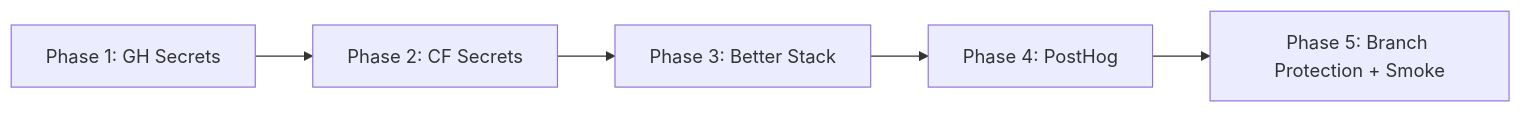
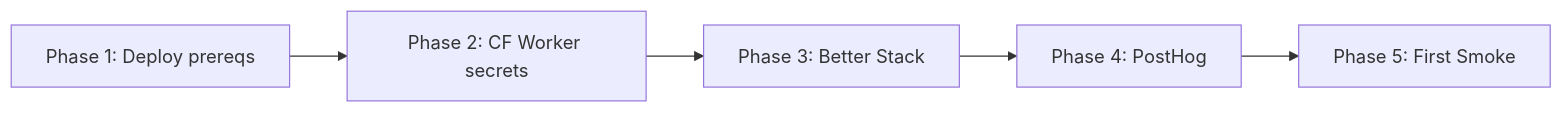
One commit to minhlongs/sophia-ai-factory changed the diagram in docs/sophia-activation-runbook.md. Above: the diagram before and after it, drawn with Mermaid. The commit also changed other lines of this file and 34 other files, not shown here.

````diff
--- a/docs/sophia-activation-runbook.md
+++ b/docs/sophia-activation-runbook.md
@@ -133,7 +150,7 @@
 ```mermaid
 graph LR
-  P1[Phase 1: GH Secrets] --> P2[Phase 2: CF Secrets]
+  P1[Phase 1: Deploy prereqs] --> P2[Phase 2: CF Worker secrets]
   P2 --> P3[Phase 3: Better Stack]
   P3 --> P4[Phase 4: PostHog]
-  P4 --> P5[Phase 5: Branch Protection + Smoke]
+  P4 --> P5[Phase 5: First Smoke]
 ```
````
